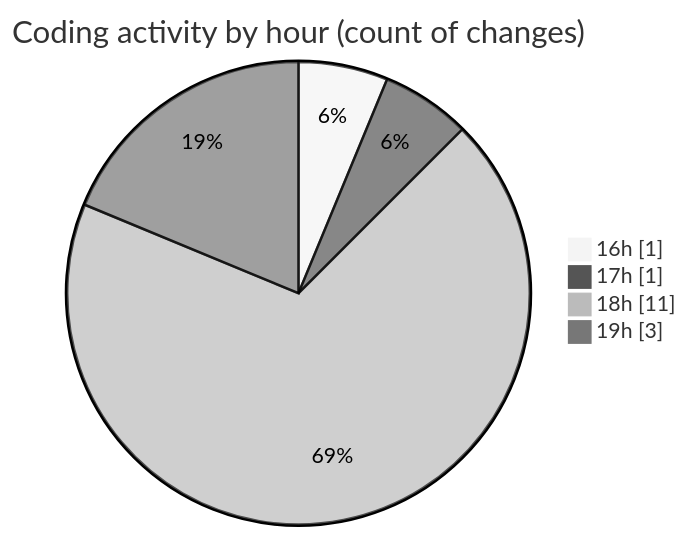
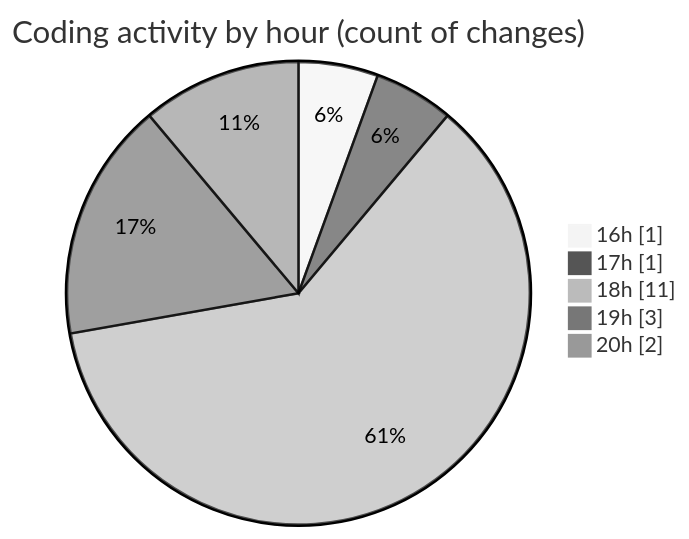
Before and after one commit to JenPaints/code-tracking: the second of 2 diagrams in 2025-06-27/archive/README.md, drawn with Mermaid (neutral theme). The commit also changed other lines of this file and 1 other file, not shown here.

````diff
--- a/2025-06-27/archive/README.md
+++ b/2025-06-27/archive/README.md
@@ -37,8 +37,9 @@
 ```mermaid
 pie showData
 title Coding activity by hour (count of changes)
 "16h" : 1
 "17h" : 1
 "18h" : 11
 "19h" : 3
+"20h" : 2
 ```
````
